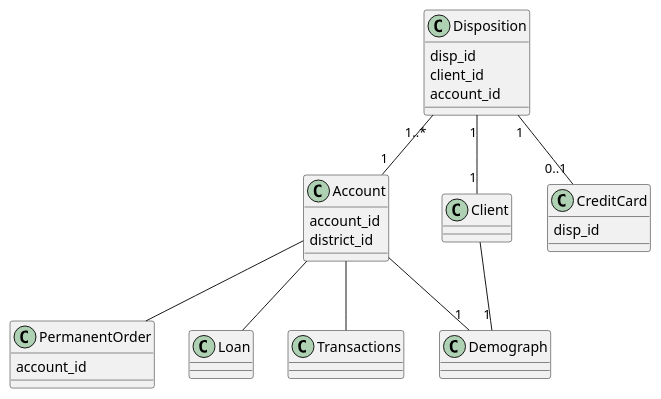
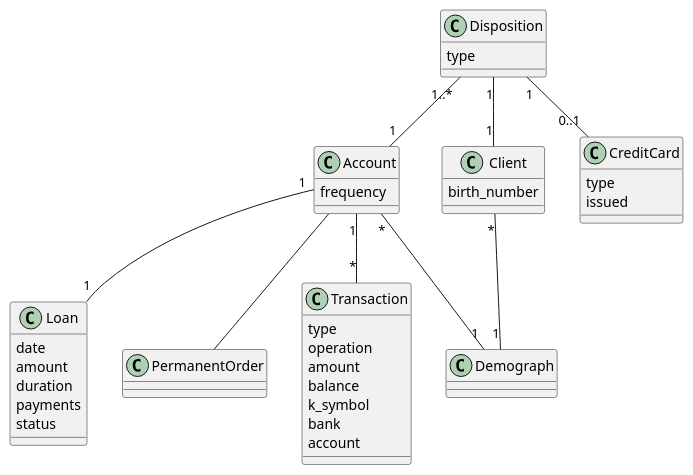
Before and after one commit to Educorreia932/FEUP-AC: the diagram in Data Mining Project/schema.puml, drawn with PlantUML. The commit also changed 3 other files, not shown here.

```diff
--- a/Data Mining Project/schema.puml
+++ b/Data Mining Project/schema.puml
@@ -1,38 +1,54 @@
 @startuml schema
 
 class Account {
-    account_id
-    district_id
+    frequency
 }
 
 class Client {
+    birth_number
+}   
 
+class CreditCard {
+    type
+    issued
 }
 
-class CreditCard {
-    disp_id
+class Disposition {
+    type
+}
+
+class Loan {
+    date
+    amount
+    duration
+    payments
+    status
 }
 
 class PermanentOrder  {
-    account_id
 }
 
-class Disposition {
-    disp_id
-    client_id
-    account_id
+class Transaction {
+    type
+    operation
+    amount
+    balance
+    k_symbol
+    bank
+    account
 }
 
-
 Account -- PermanentOrder
-Account -- Loan
-Account -- Transactions
-Account -- "1" Demograph
+Account "*" -- "1" Demograph
+Account "1" -- "*" Transaction
+Account "1" -- "1" Loan
 
 Disposition "1..*" -- "1" Account
 Disposition "1" -- "0..1" CreditCard
+'Justification: 1- A disposition is the connection between a client and account, so it makes sense. There are as many total dispositions as clients, both in 
 Disposition "1" -- "1" Client
 
-Client -- "1" Demograph 
+'A client has a demograph id (district_id) inside each entry. Additionally, we looked at our training data and no client has multiple dispositions associated.
+Client "*" -- "1" Demograph 
 
 @enduml
```
